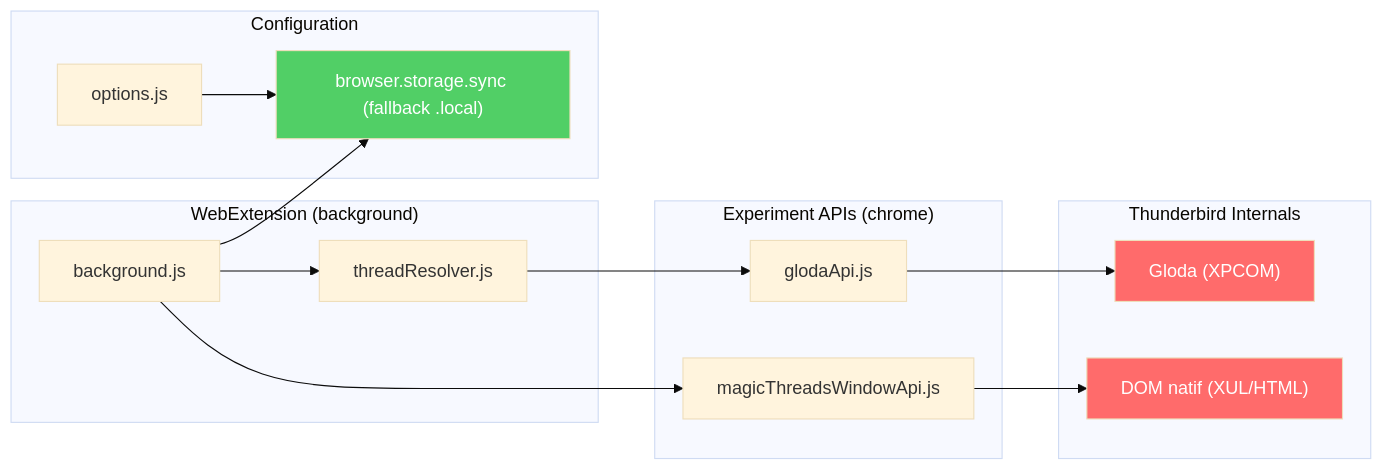
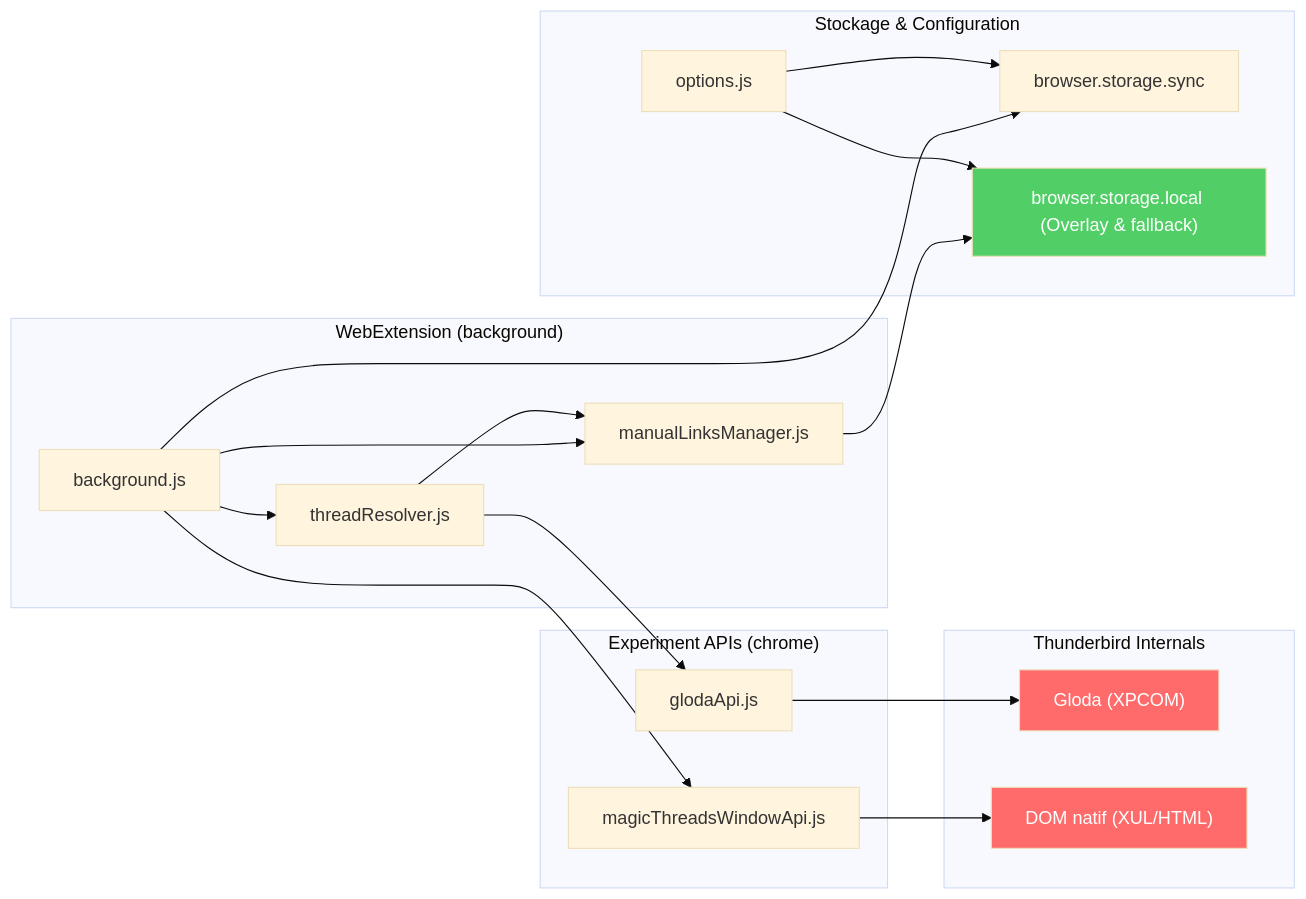
The seventh of 7 diagrams in ARCHITECTURE.md (mtfkarukera/magic-threads), drawn with Mermaid (base theme) before and after one commit. The commit also changed other lines of this file and 18 other files, not shown here.

````diff
--- a/ARCHITECTURE.md
+++ b/ARCHITECTURE.md
@@ -264,34 +314,40 @@
 ```mermaid
 graph LR
     subgraph "WebExtension (background)"
         BG["background.js"]
         TR["threadResolver.js"]
+        MLM["manualLinksManager.js"]
     end
 
     subgraph "Experiment APIs (chrome)"
         GA["glodaApi.js"]
         WA["magicThreadsWindowApi.js"]
     end
 
     subgraph "Thunderbird Internals"
         GLODA["Gloda (XPCOM)"]
         DOM["DOM natif (XUL/HTML)"]
     end
 
-    subgraph "Configuration"
+    subgraph "Stockage & Configuration"
         OPT["options.js"]
-         STORAGE["browser.storage.sync (fallback .local)"]
+        STORAGE_SYNC["browser.storage.sync"]
+        STORAGE_LOCAL["browser.storage.local (Overlay & fallback)"]
     end
 
     BG --> TR
+    BG --> MLM
     TR --> GA
+    TR --> MLM
     GA --> GLODA
     BG --> WA
     WA --> DOM
-    BG --> STORAGE
-    OPT --> STORAGE
+    BG --> STORAGE_SYNC
+    OPT --> STORAGE_SYNC
+    MLM --> STORAGE_LOCAL
+    OPT --> STORAGE_LOCAL
 
     style GLODA fill:#ff6b6b,color:#fff
     style DOM fill:#ff6b6b,color:#fff
-    style STORAGE fill:#51cf66,color:#fff
+    style STORAGE_LOCAL fill:#51cf66,color:#fff
 ```
````
